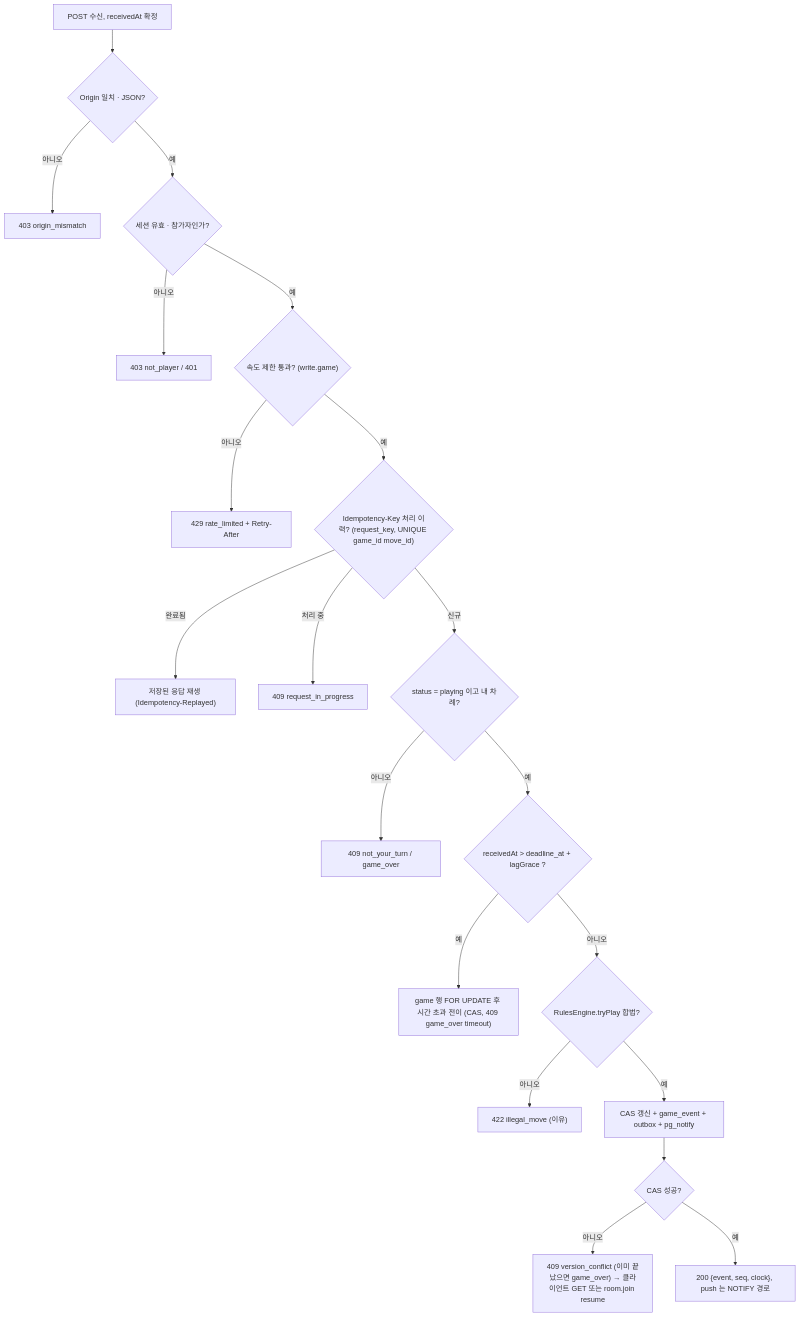
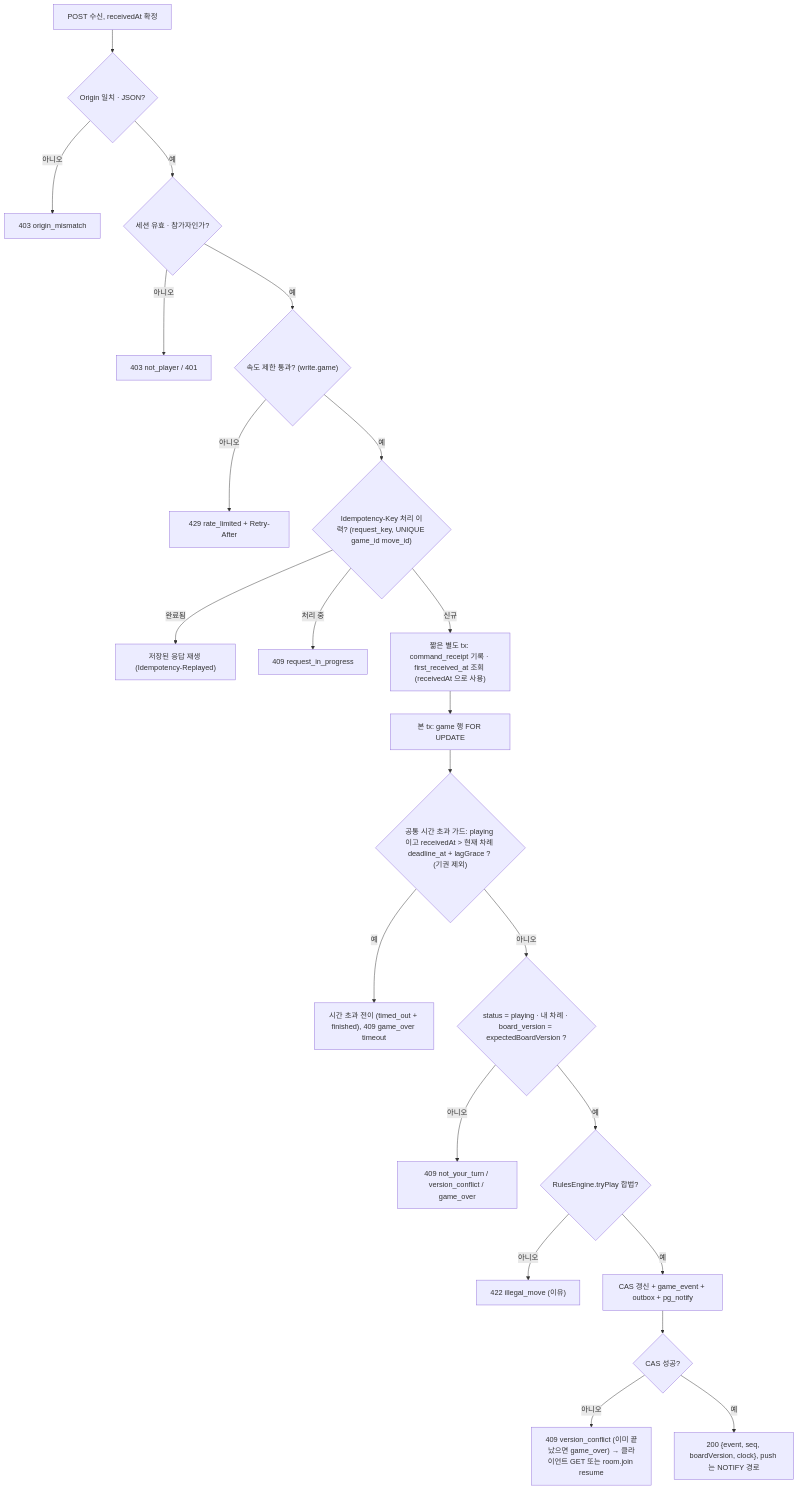
Before and after one commit to 1985jwlee/portpolio_backend: diagram 11 of 21 in docs/design/phases/01-baduk.md, drawn with Mermaid. The commit also changed other lines of this file and 33 other files, not shown here.

````diff
--- a/docs/design/phases/01-baduk.md
+++ b/docs/design/phases/01-baduk.md
@@ -661,22 +691,24 @@
 ```mermaid
 flowchart TD
     A["POST 수신, receivedAt 확정"] --> O{"Origin 일치 · JSON?"}
     O -- "아니오" --> R0["403 origin_mismatch"]
     O -- "예" --> B{"세션 유효 · 참가자인가?"}
     B -- "아니오" --> R1["403 not_player / 401"]
     B -- "예" --> C{"속도 제한 통과? (write.game)"}
     C -- "아니오" --> R2["429 rate_limited + Retry-After"]
     C -- "예" --> D{"Idempotency-Key 처리 이력? (request_key, UNIQUE game_id move_id)"}
     D -- "완료됨" --> OK0["저장된 응답 재생 (Idempotency-Replayed)"]
     D -- "처리 중" --> R6["409 request_in_progress"]
-    D -- "신규" --> E{"status = playing 이고 내 차례?"}
-    E -- "아니오" --> R3["409 not_your_turn / game_over"]
-    E -- "예" --> F{"receivedAt > deadline_at + lagGrace ?"}
-    F -- "예" --> T["game 행 FOR UPDATE 후 시간 초과 전이 (CAS, 409 game_over timeout)"]
-    F -- "아니오" --> G{"RulesEngine.tryPlay 합법?"}
+    D -- "신규" --> RC["짧은 별도 tx: command_receipt 기록 · first_received_at 조회 (receivedAt 으로 사용)"]
+    RC --> LK["본 tx: game 행 FOR UPDATE"]
+    LK --> F{"공통 시간 초과 가드: playing 이고 receivedAt > 현재 차례 deadline_at + lagGrace ? (기권 제외)"}
+    F -- "예" --> T["시간 초과 전이 (timed_out + finished), 409 game_over timeout"]
+    F -- "아니오" --> E{"status = playing · 내 차례 · board_version = expectedBoardVersion ?"}
+    E -- "아니오" --> R3["409 not_your_turn / version_conflict / game_over"]
+    E -- "예" --> G{"RulesEngine.tryPlay 합법?"}
     G -- "아니오" --> R4["422 illegal_move (이유)"]
     G -- "예" --> H["CAS 갱신 + game_event + outbox + pg_notify"]
     H --> I{"CAS 성공?"}
     I -- "아니오" --> R5["409 version_conflict (이미 끝났으면 game_over) → 클라이언트 GET 또는 room.join resume"]
-    I -- "예" --> OK["200 {event, seq, clock}, push 는 NOTIFY 경로"]
+    I -- "예" --> OK["200 {event, seq, boardVersion, clock}, push 는 NOTIFY 경로"]
 ```
````
